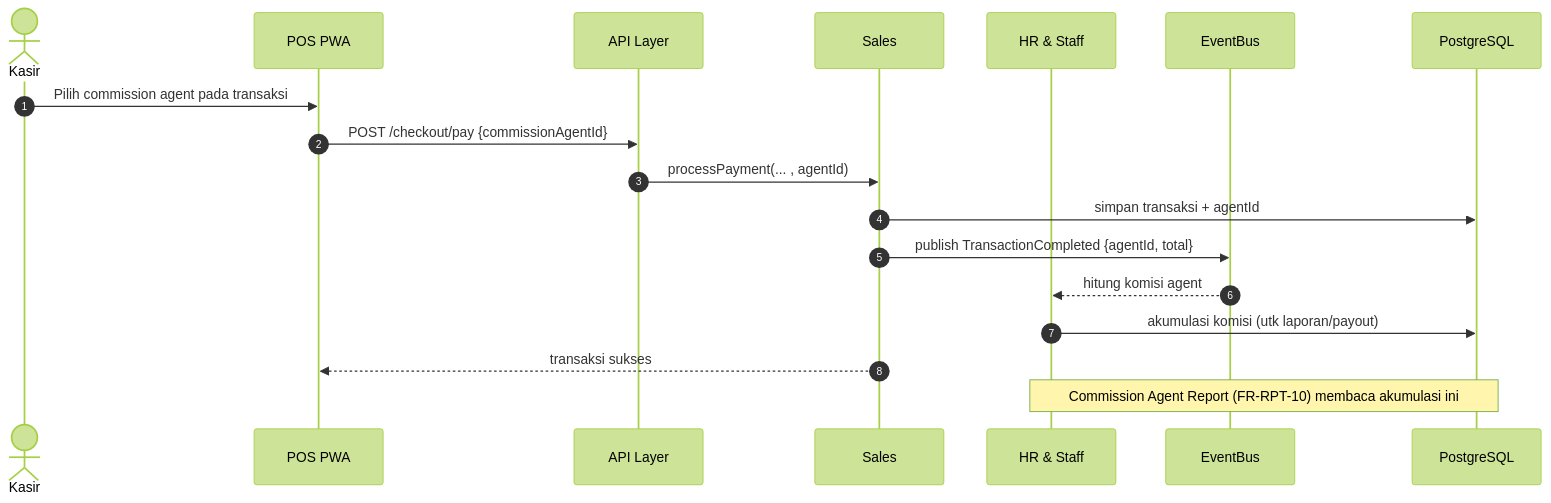
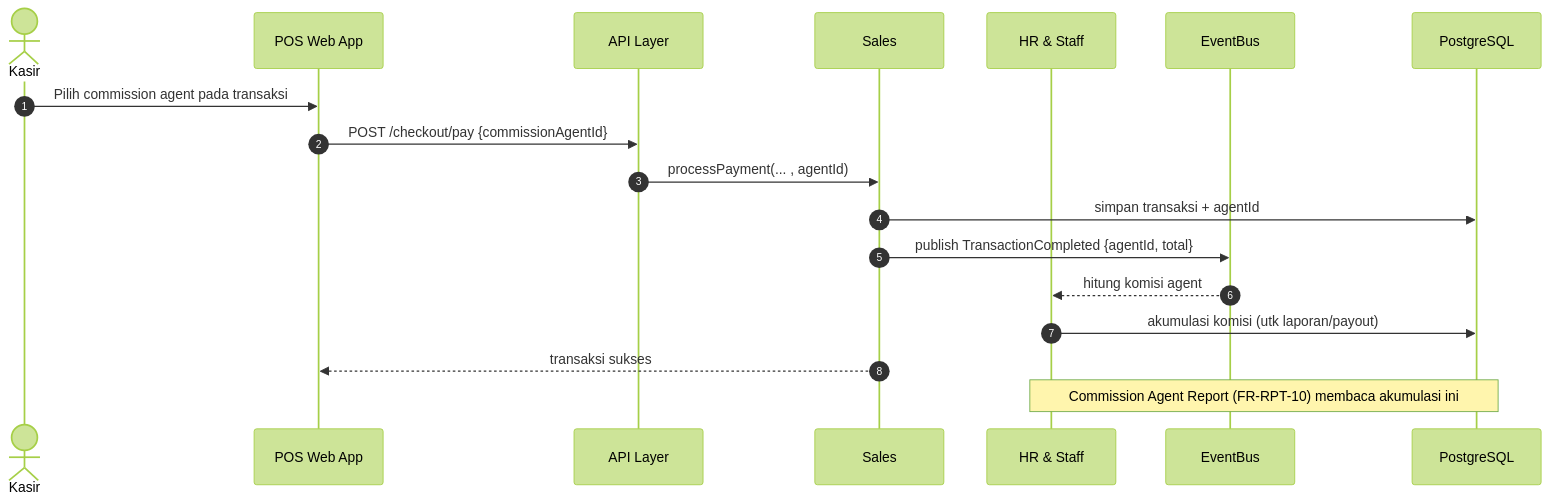
Before and after one commit to whaone/POS2026: the tenth of 31 diagrams in Sequence_Diagram.md, drawn with Mermaid (forest theme). The commit also changed other lines of this file and 3 other files, not shown here.

````diff
--- a/Sequence_Diagram.md
+++ b/Sequence_Diagram.md
@@ -365,21 +424,21 @@
 ```mermaid
 sequenceDiagram
     autonumber
     actor Kasir
-    participant PWA as POS PWA
+    participant POS as POS Web App
     participant API as API Layer
     participant SAL as Sales
     participant HRM as HR & Staff
     participant BUS as EventBus
     participant DB as PostgreSQL
  
-    Kasir->>PWA: Pilih commission agent pada transaksi
-    PWA->>API: POST /checkout/pay {commissionAgentId}
+    Kasir->>POS: Pilih commission agent pada transaksi
+    POS->>API: POST /checkout/pay {commissionAgentId}
     API->>SAL: processPayment(... , agentId)
     SAL->>DB: simpan transaksi + agentId
     SAL->>BUS: publish TransactionCompleted {agentId, total}
     BUS-->>HRM: hitung komisi agent
     HRM->>DB: akumulasi komisi (utk laporan/payout)
-    SAL-->>PWA: transaksi sukses
+    SAL-->>POS: transaksi sukses
     Note over HRM,DB: Commission Agent Report (FR-RPT-10) membaca akumulasi ini
 ```
````
